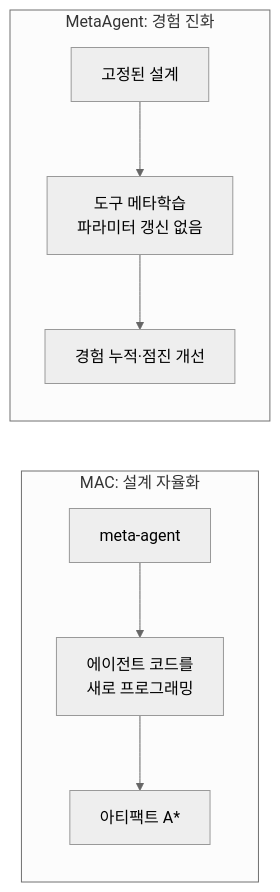
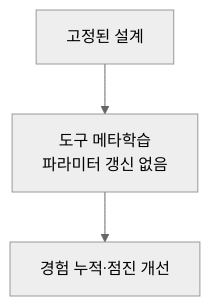
One commit to pheeree/pheeree.github.io changed the fourth of 4 diagrams in _posts/2026-06-08-meta-agent-challenge-autonomous-agent-design.md. Above: the diagram before and after it, drawn with Mermaid (neutral theme). The commit also changed other lines of this file and 10 other files, not shown here.

First line of the commit message:
fix: mermaid subgraph 규약 전면 소급 적용 (10편)

````diff
--- a/_posts/2026-06-08-meta-agent-challenge-autonomous-agent-design.md
+++ b/_posts/2026-06-08-meta-agent-challenge-autonomous-agent-design.md
@@ -113,9 +122,4 @@
 ```mermaid
-flowchart LR
-  subgraph MAC_["MAC: 설계 자율화"]
-    M1["meta-agent"] --> M2["에이전트 코드를\n새로 프로그래밍"] --> M3["아티팩트 A*"]
-  end
-  subgraph MA["MetaAgent: 경험 진화"]
-    N1["고정된 설계"] --> N2["도구 메타학습\n파라미터 갱신 없음"] --> N3["경험 누적·점진 개선"]
-  end
+flowchart TB
+  N1["고정된 설계"] --> N2["도구 메타학습\n파라미터 갱신 없음"] --> N3["경험 누적·점진 개선"]
 ```
````
